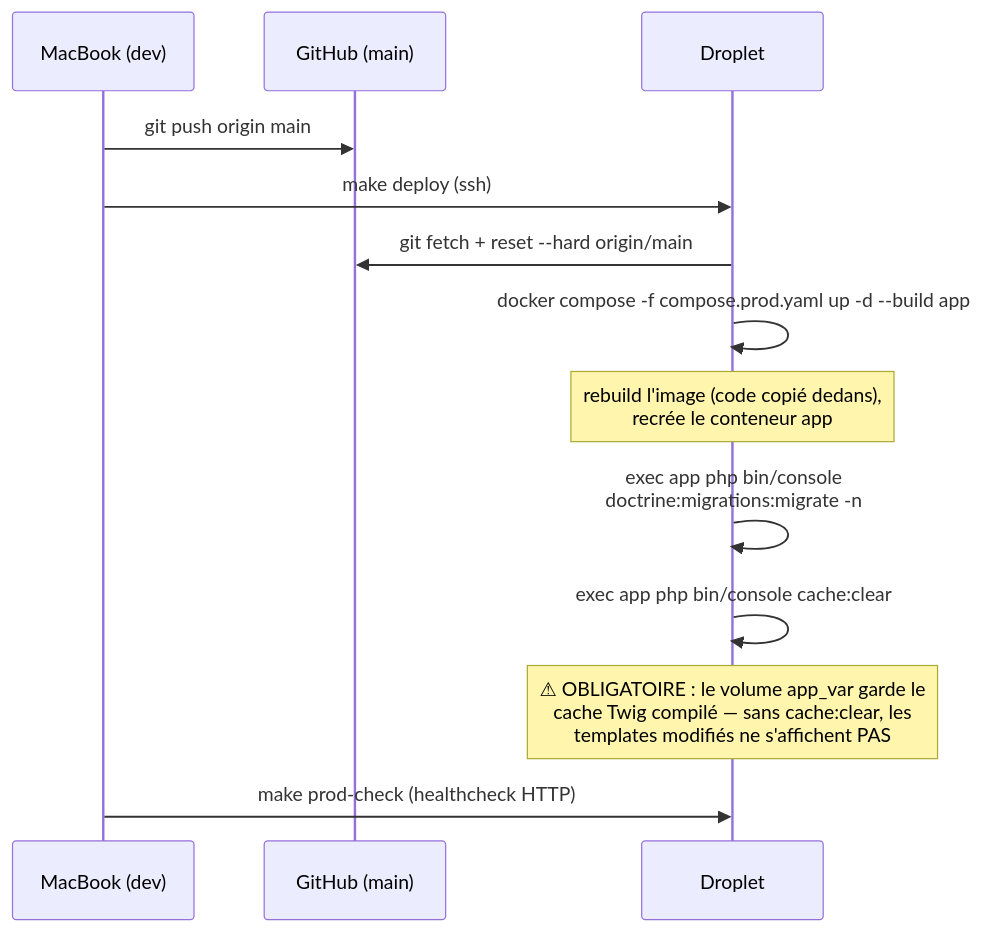
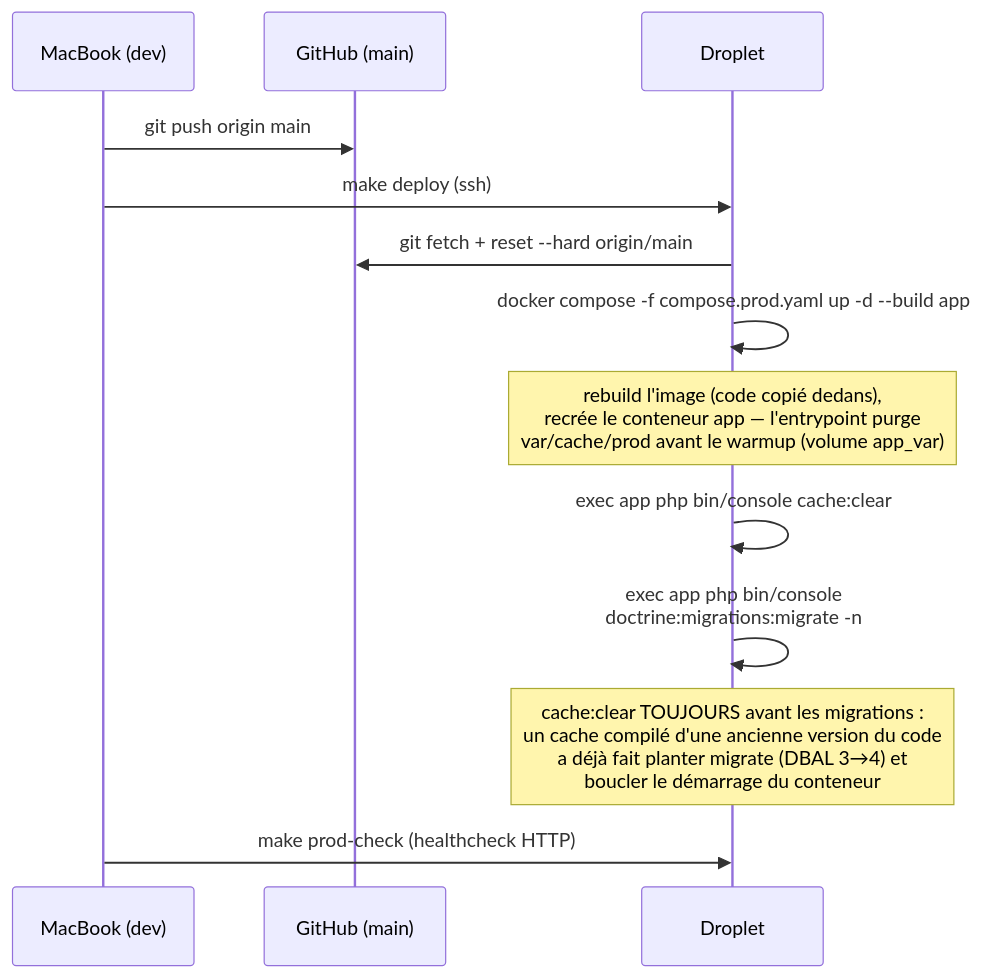
One commit to kiady66/trading_tracker changed the third of 4 diagrams in docs/PRODUCTION.md. Above: the diagram before and after it, drawn with Mermaid. The commit also changed 5 other files, not shown here.

````diff
--- a/docs/PRODUCTION.md
+++ b/docs/PRODUCTION.md
@@ -121,16 +121,16 @@
 ```mermaid
 sequenceDiagram
     participant Dev as MacBook (dev)
     participant GH as GitHub (main)
     participant Drop as Droplet
 
     Dev->>GH: git push origin main
     Dev->>Drop: make deploy (ssh)
     Drop->>GH: git fetch + reset --hard origin/main
     Drop->>Drop: docker compose -f compose.prod.yaml up -d --build app
-    Note over Drop: rebuild l'image (code copié dedans),<br/>recrée le conteneur app
+    Note over Drop: rebuild l'image (code copié dedans),<br/>recrée le conteneur app — l'entrypoint purge<br/>var/cache/prod avant le warmup (volume app_var)
+    Drop->>Drop: exec app php bin/console cache:clear
     Drop->>Drop: exec app php bin/console<br/>doctrine:migrations:migrate -n
-    Drop->>Drop: exec app php bin/console cache:clear
-    Note over Drop: ⚠ OBLIGATOIRE : le volume app_var garde le<br/>cache Twig compilé — sans cache:clear, les<br/>templates modifiés ne s'affichent PAS
+    Note over Drop: cache:clear TOUJOURS avant les migrations :<br/>un cache compilé d'une ancienne version du code<br/>a déjà fait planter migrate (DBAL 3→4) et<br/>boucler le démarrage du conteneur
     Dev->>Drop: make prod-check (healthcheck HTTP)
 ```
````
